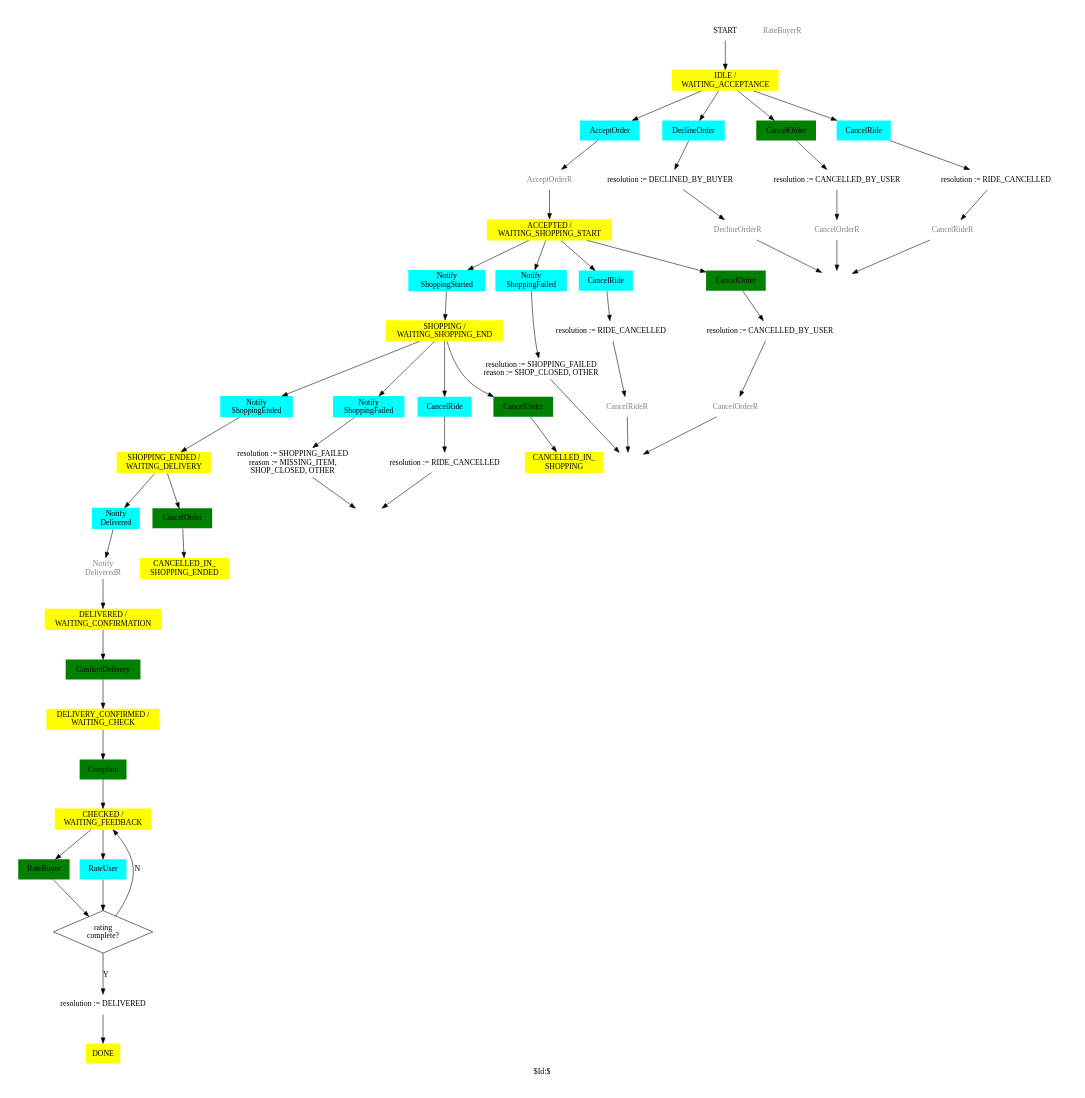
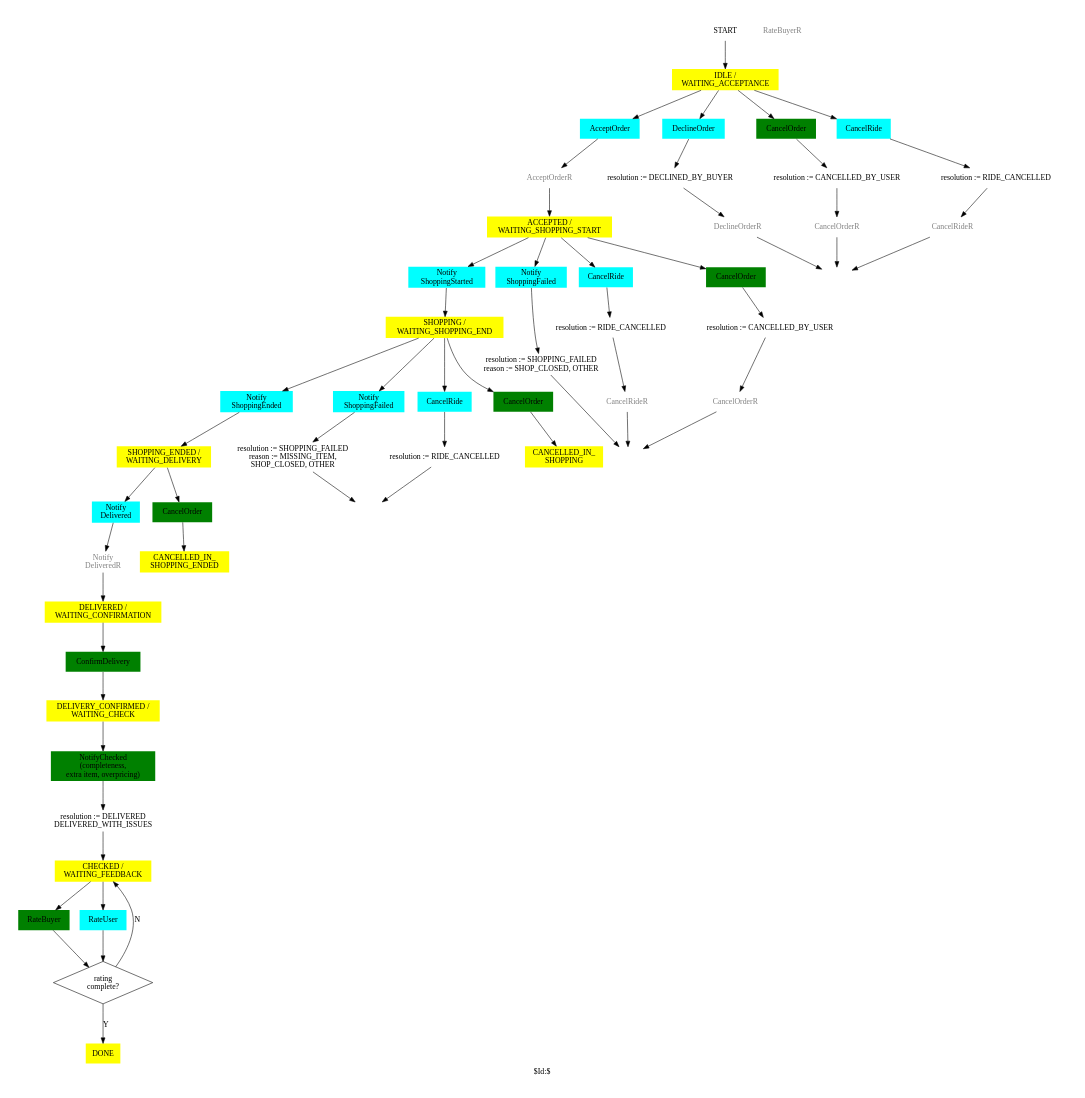
The diagram in docs/Order.gv (trodevel/lieferbay_protocol), drawn with Graphviz before and after one commit.

Commit message:
DOC: intermediate results

```diff
--- a/docs/Order.gv
+++ b/docs/Order.gv
@@ -1,134 +1,134 @@
 # Order FSM.
 #
 # Copyright (C) 2019 Sergey Kolevatov
 #
 # This program is free software: you can redistribute it and/or modify
 # it under the terms of the GNU General Public License as published by
 # the Free Software Foundation, either version 3 of the License, or
 # (at your option) any later version.
 #
 # This program is distributed in the hope that it will be useful,
 # but WITHOUT ANY WARRANTY; without even the implied warranty of
 # MERCHANTABILITY or FITNESS FOR A PARTICULAR PURPOSE. See the
 # GNU General Public License for more details.
 #
 # You should have received a copy of the GNU General Public License
 # along with this program. If not, see <http://www.gnu.org/licenses/>.
 #
 # SKV 19a31
 #
 # $Id:$
 #
 # execute: FL=Order; dot -l sdl.ps -Tps $FL.gv -o $FL.ps; ps2pdf $FL.ps $FL.pdf
 
 digraph Order
 {
 
 label="$Id:$";
 
 size="7,7";
 ratio=fill;
 splines=true;
 node [peripheries=0 style=filled fillcolor=white]
 
 ######################################################
 # states
 
 START                           [ shape = sdl_start ]
 WAITING_ACCEPTANCE              [ label = "IDLE /\nWAITING_ACCEPTANCE"            shape = sdl_state fillcolor=yellow ]
 ACCEPTED_WAITING_SHOPPING_START [ label = "ACCEPTED /\nWAITING_SHOPPING_START"    shape = sdl_state fillcolor=yellow ]
 SHOPPING_WAITING_SHOPPING_END   [ label = "SHOPPING /\nWAITING_SHOPPING_END"      shape = sdl_state fillcolor=yellow ]
 CANCELLED_IN_SHOPPING           [ label = "CANCELLED_IN_\nSHOPPING"               shape = sdl_state fillcolor=yellow ]
 SHOPPING_ENDED_WAITING_DELIVERY [ label = "SHOPPING_ENDED /\nWAITING_DELIVERY"    shape = sdl_state fillcolor=yellow ]
 CANCELLED_IN_SHOPPING_ENDED     [ label = "CANCELLED_IN_\nSHOPPING_ENDED"         shape = sdl_state fillcolor=yellow ]
 DELIVERED_WAITING_CONFIRMATION  [ label = "DELIVERED /\nWAITING_CONFIRMATION"     shape = sdl_state fillcolor=yellow ]
 DELIVERY_CONFIRMED_WAITING_CHECK [ label = "DELIVERY_CONFIRMED /\nWAITING_CHECK"   shape = sdl_state fillcolor=yellow ]
 CHECKED_WAITING_FEEDBACK        [ label = "CHECKED /\nWAITING_FEEDBACK"           shape = sdl_state fillcolor=yellow ]
 END                             [ label = ""                              shape = sdl_stop  style=solid ]
 DONE                            [ label = "DONE"                                  shape = sdl_state fillcolor=yellow ]
 
 ######################################################
 # actions
 
 WAITING_ACCEPTANCE__ACCEPT_ORDER            [ label="AcceptOrder"                       shape = sdl_input_from_right fillcolor=cyan ]
 WAITING_ACCEPTANCE__SEND_ACCEPT_ORDER       [ label="AcceptOrderR"                      shape = sdl_output_to_right  color=gray fontcolor=gray ]
 WAITING_ACCEPTANCE__DECLINE_ORDER           [ label="DeclineOrder"                      shape = sdl_input_from_right fillcolor=cyan ]
 WAITING_ACCEPTANCE__SEND_DECLINE_ORDER      [ label="DeclineOrderR"                     shape = sdl_output_to_right  color=gray fontcolor=gray ]
 WAITING_ACCEPTANCE__CANCEL_ORDER            [ label="CancelOrder"                       shape = sdl_input_from_left  fillcolor=green ]
 WAITING_ACCEPTANCE__SEND_CANCEL_ORDER       [ label="CancelOrderR"                      shape = sdl_output_to_left   color=gray fontcolor=gray ]
 WAITING_ACCEPTANCE__CANCEL_RIDE             [ label="CancelRide"                        shape = sdl_input_from_right fillcolor=cyan ]
 WAITING_ACCEPTANCE__SEND_CANCEL_RIDE        [ label="CancelRideR"                       shape = sdl_output_to_right  color=gray fontcolor=gray ]
 WAITING_ACCEPTANCE__RESOL_1                 [ label="resolution := CANCELLED_BY_USER"   shape = sdl_task ]
 WAITING_ACCEPTANCE__RESOL_2                 [ label="resolution := DECLINED_BY_BUYER" shape = sdl_task ]
 WAITING_ACCEPTANCE__RESOL_3                 [ label="resolution := RIDE_CANCELLED"      shape = sdl_task ]
 
 ACCEPTED_WAITING_SHOPPING_START__SHOPPING_STARTED [ label="Notify\nShoppingStarted"           shape = sdl_input_from_right fillcolor=cyan ]
 ACCEPTED_WAITING_SHOPPING_START__SHOPPING_FAILED  [ label="Notify\nShoppingFailed"            shape = sdl_input_from_right fillcolor=cyan ]
 ACCEPTED_WAITING_SHOPPING_START__CANCEL_RIDE      [ label="CancelRide"                        shape = sdl_input_from_right fillcolor=cyan ]
 ACCEPTED_WAITING_SHOPPING_START__SEND_CANCEL_RIDE [ label="CancelRideR"                       shape = sdl_output_to_right color=gray fontcolor=gray ]
 ACCEPTED_WAITING_SHOPPING_START__CANCEL_ORDER     [ label="CancelOrder"                       shape = sdl_input_from_left  fillcolor=green ]
 ACCEPTED_WAITING_SHOPPING_START__SEND_CANCEL_ORDER    [ label="CancelOrderR"                  shape = sdl_output_to_left color=gray fontcolor=gray ]
 #ACCEPTED_WAITING_SHOPPING_START__CANCEL_ORDER_2   [ label="CancelOrder"                       shape = sdl_input_from_right fillcolor=cyan ]
 #ACCEPTED_WAITING_SHOPPING_START__SEND_CANCEL_ORDER_2  [ label="CancelOrderR"                  shape = sdl_output_to_right ]
 ACCEPTED_WAITING_SHOPPING_START__RESOL_1          [ label="resolution := RIDE_CANCELLED"      shape = sdl_task ]
 ACCEPTED_WAITING_SHOPPING_START__RESOL_2          [ label="resolution := CANCELLED_BY_USER"   shape = sdl_task ]
 ACCEPTED_WAITING_SHOPPING_START__RESOL_3          [ label="resolution := SHOPPING_FAILED\nreason := SHOP_CLOSED, OTHER"     shape = sdl_task ]
 ACCEPTED_WAITING_SHOPPING_START__END              [ label = ""                                shape = sdl_stop  style=solid ]
 
 
 SHOPPING_WAITING_SHOPPING_END__SHOPPING_ENDED     [ label="Notify\nShoppingEnded"             shape = sdl_input_from_right fillcolor=cyan ]
 SHOPPING_WAITING_SHOPPING_END__SHOPPING_FAILED    [ label="Notify\nShoppingFailed"            shape = sdl_input_from_right fillcolor=cyan ]
 SHOPPING_WAITING_SHOPPING_END__CANCEL_RIDE        [ label="CancelRide"                        shape = sdl_input_from_right fillcolor=cyan ]
 SHOPPING_WAITING_SHOPPING_END__CANCEL_ORDER       [ label="CancelOrder"                       shape = sdl_input_from_left  fillcolor=green ]
 SHOPPING_WAITING_SHOPPING_END__RESOL_1            [ label="resolution := RIDE_CANCELLED"      shape = sdl_task ]
 SHOPPING_WAITING_SHOPPING_END__RESOL_3            [ label="resolution := SHOPPING_FAILED\nreason := MISSING_ITEM,\nSHOP_CLOSED, OTHER"     shape = sdl_task ]
 SHOPPING_WAITING_SHOPPING_END__END                [ label = ""                                shape = sdl_stop  style=solid ]
 
 SHOPPING_ENDED_WAITING_DELIVERY__DELIVERED        [ label="Notify\nDelivered"                 shape = sdl_input_from_right fillcolor=cyan ]
 SHOPPING_ENDED_WAITING_DELIVERY__CANCEL_ORDER     [ label="CancelOrder"                       shape = sdl_input_from_left  fillcolor=green ]
 SHOPPING_ENDED_WAITING_DELIVERY__SEND_DELIVERED   [ label="Notify\nDeliveredR"                shape = sdl_output_to_right  color=gray fontcolor=gray ]
 
 DELIVERED_WAITING_CONFIRMATION__CONFIRM           [ label="ConfirmDelivery"                   shape = sdl_input_from_left  fillcolor=green ]
 
-CHECKED_WAITING_FEEDBACK__COMPLAIN          [ label="Complain"                          shape = sdl_input_from_left  fillcolor=green ]
+DELIVERY_CONFIRMED_WAITING_CHECK__CHECK           [ label="NotifyChecked\n(completeness,\nextra item, overpricing)"   shape = sdl_input_from_left  fillcolor=green ]
+DELIVERY_CONFIRMED_WAITING_CHECK__RESOL_1         [ label="resolution := DELIVERED\nDELIVERED_WITH_ISSUES"        shape = sdl_task ]
+
 CHECKED_WAITING_FEEDBACK__RATE_BUYER    [ label="RateBuyer"                        shape = sdl_input_from_left  fillcolor=green ]
 CHECKED_WAITING_FEEDBACK__SEND_RATE_BUYER    [ label="RateBuyerR"                  shape = sdl_output_to_left   color=gray fontcolor=gray ]
 CHECKED_WAITING_FEEDBACK__RATE_USER     [ label="RateUser"                         shape = sdl_input_from_right fillcolor=cyan ]
 CHECKED_WAITING_FEEDBACK__RATING_COMPLETE [ label="rating\ncomplete?"              shape = diamond peripheries=1]
-CHECKED_WAITING_FEEDBACK__RESOL_1         [ label="resolution := DELIVERED"        shape = sdl_task ]
 
 ######################################################
 # transitions
 
 START -> WAITING_ACCEPTANCE
 
 WAITING_ACCEPTANCE -> WAITING_ACCEPTANCE__ACCEPT_ORDER   -> WAITING_ACCEPTANCE__SEND_ACCEPT_ORDER -> ACCEPTED_WAITING_SHOPPING_START
 WAITING_ACCEPTANCE -> WAITING_ACCEPTANCE__CANCEL_ORDER   -> WAITING_ACCEPTANCE__RESOL_1 -> WAITING_ACCEPTANCE__SEND_CANCEL_ORDER  -> END
 WAITING_ACCEPTANCE -> WAITING_ACCEPTANCE__DECLINE_ORDER  -> WAITING_ACCEPTANCE__RESOL_2 -> WAITING_ACCEPTANCE__SEND_DECLINE_ORDER -> END
 WAITING_ACCEPTANCE -> WAITING_ACCEPTANCE__CANCEL_RIDE    -> WAITING_ACCEPTANCE__RESOL_3 -> WAITING_ACCEPTANCE__SEND_CANCEL_RIDE   -> END
 
 ACCEPTED_WAITING_SHOPPING_START -> ACCEPTED_WAITING_SHOPPING_START__CANCEL_RIDE    -> ACCEPTED_WAITING_SHOPPING_START__RESOL_1 -> ACCEPTED_WAITING_SHOPPING_START__SEND_CANCEL_RIDE    -> ACCEPTED_WAITING_SHOPPING_START__END
 ACCEPTED_WAITING_SHOPPING_START -> ACCEPTED_WAITING_SHOPPING_START__CANCEL_ORDER   -> ACCEPTED_WAITING_SHOPPING_START__RESOL_2 -> ACCEPTED_WAITING_SHOPPING_START__SEND_CANCEL_ORDER   -> ACCEPTED_WAITING_SHOPPING_START__END
 
 ACCEPTED_WAITING_SHOPPING_START -> ACCEPTED_WAITING_SHOPPING_START__SHOPPING_STARTED -> SHOPPING_WAITING_SHOPPING_END
 ACCEPTED_WAITING_SHOPPING_START -> ACCEPTED_WAITING_SHOPPING_START__SHOPPING_FAILED  -> ACCEPTED_WAITING_SHOPPING_START__RESOL_3 -> ACCEPTED_WAITING_SHOPPING_START__END
 
 SHOPPING_WAITING_SHOPPING_END -> SHOPPING_WAITING_SHOPPING_END__SHOPPING_ENDED  -> SHOPPING_ENDED_WAITING_DELIVERY
 SHOPPING_WAITING_SHOPPING_END -> SHOPPING_WAITING_SHOPPING_END__CANCEL_RIDE     -> SHOPPING_WAITING_SHOPPING_END__RESOL_1 -> SHOPPING_WAITING_SHOPPING_END__END
 SHOPPING_WAITING_SHOPPING_END -> SHOPPING_WAITING_SHOPPING_END__SHOPPING_FAILED -> SHOPPING_WAITING_SHOPPING_END__RESOL_3 -> SHOPPING_WAITING_SHOPPING_END__END
 SHOPPING_WAITING_SHOPPING_END -> SHOPPING_WAITING_SHOPPING_END__CANCEL_ORDER    -> CANCELLED_IN_SHOPPING
 
 SHOPPING_ENDED_WAITING_DELIVERY -> SHOPPING_ENDED_WAITING_DELIVERY__DELIVERED      -> SHOPPING_ENDED_WAITING_DELIVERY__SEND_DELIVERED -> DELIVERED_WAITING_CONFIRMATION
 SHOPPING_ENDED_WAITING_DELIVERY -> SHOPPING_ENDED_WAITING_DELIVERY__CANCEL_ORDER   -> CANCELLED_IN_SHOPPING_ENDED
 
 DELIVERED_WAITING_CONFIRMATION -> DELIVERED_WAITING_CONFIRMATION__CONFIRM  -> DELIVERY_CONFIRMED_WAITING_CHECK
 
-DELIVERY_CONFIRMED_WAITING_CHECK -> CHECKED_WAITING_FEEDBACK__COMPLAIN -> CHECKED_WAITING_FEEDBACK
+DELIVERY_CONFIRMED_WAITING_CHECK -> DELIVERY_CONFIRMED_WAITING_CHECK__CHECK -> DELIVERY_CONFIRMED_WAITING_CHECK__RESOL_1 -> CHECKED_WAITING_FEEDBACK
 
 CHECKED_WAITING_FEEDBACK -> CHECKED_WAITING_FEEDBACK__RATE_BUYER -> CHECKED_WAITING_FEEDBACK__RATING_COMPLETE
 CHECKED_WAITING_FEEDBACK -> CHECKED_WAITING_FEEDBACK__RATE_USER  -> CHECKED_WAITING_FEEDBACK__RATING_COMPLETE
-                                                                                          CHECKED_WAITING_FEEDBACK__RATING_COMPLETE -> CHECKED_WAITING_FEEDBACK__RESOL_1 [ label="Y" ]
-                                                                                                                                                  CHECKED_WAITING_FEEDBACK__RESOL_1 -> DONE
+                                                                                          CHECKED_WAITING_FEEDBACK__RATING_COMPLETE -> DONE [ label="Y" ]
                                                                                           CHECKED_WAITING_FEEDBACK__RATING_COMPLETE -> CHECKED_WAITING_FEEDBACK          [ label="N" ]
 
 }
```
